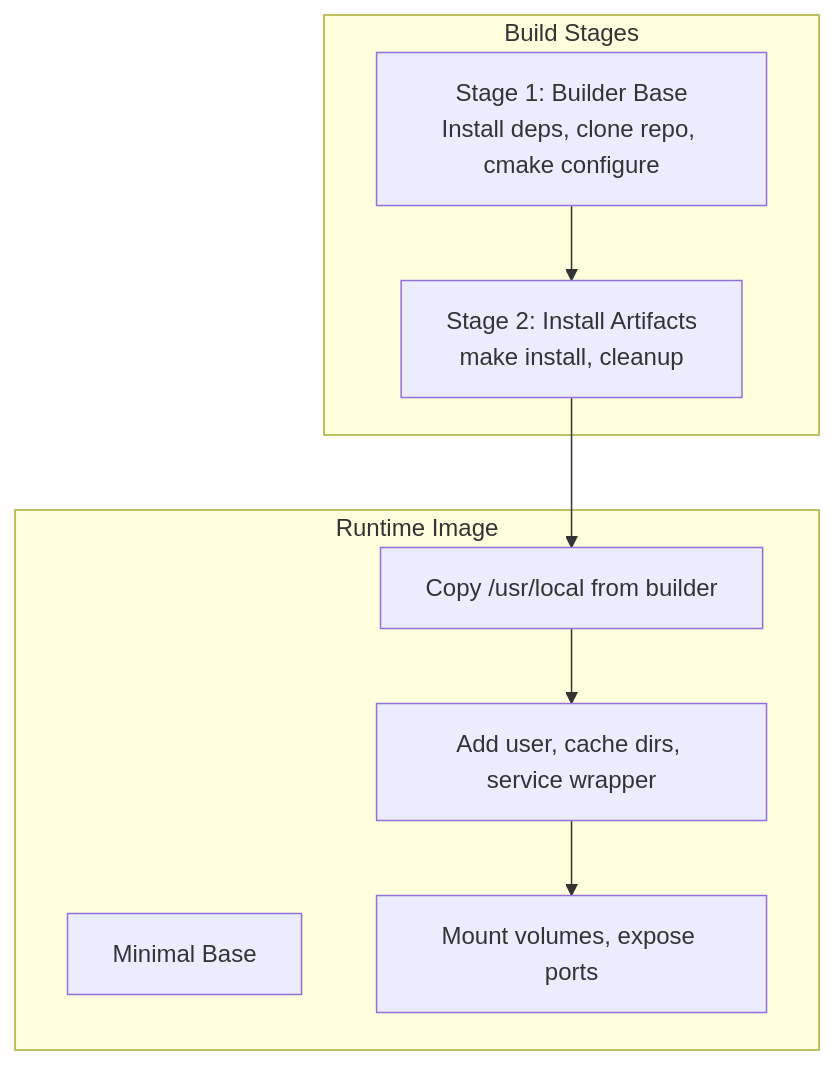
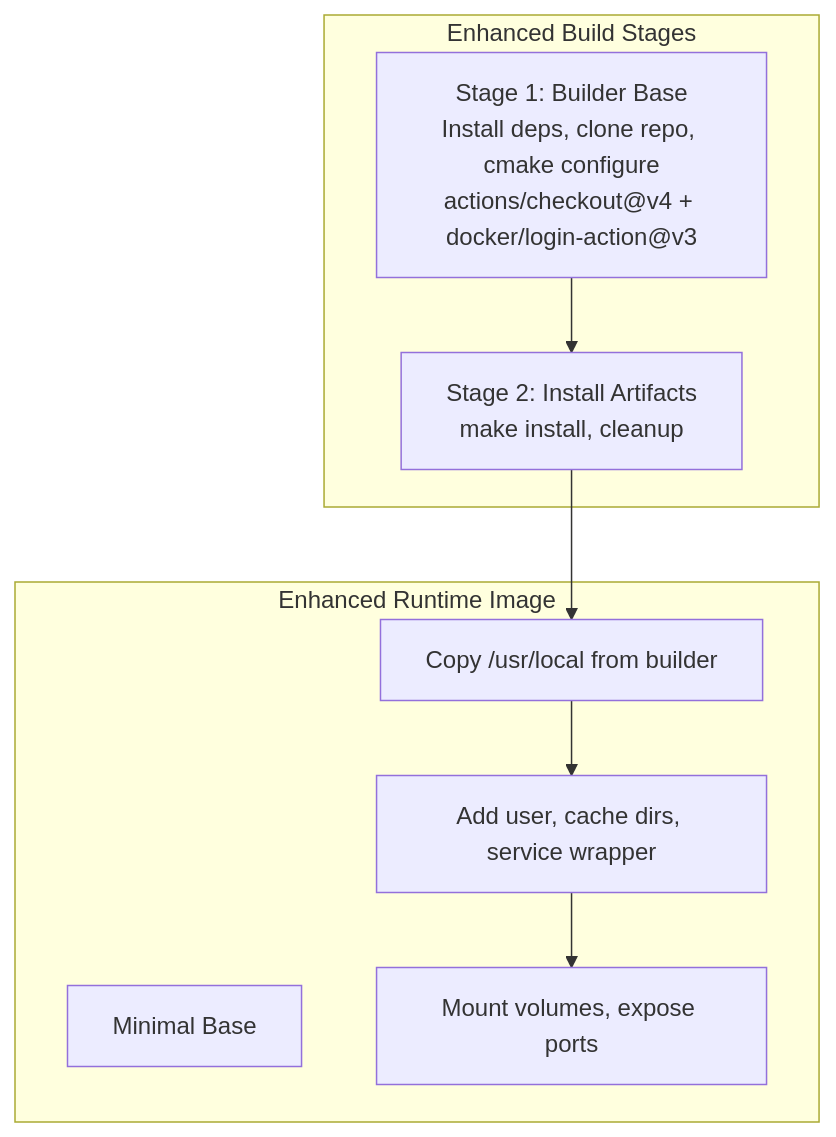
One commit to VIZ-Blockchain/viz-cpp-node changed the second of 6 diagrams in .qoder/repowiki/en/content/Development Tools/Build System/Docker Integration/Docker Integration.md. Above: the diagram before and after it, drawn with Mermaid. The commit also changed other lines of this file and 7 other files, not shown here.

````diff
--- a/.qoder/repowiki/en/content/Development Tools/Build System/Docker Integration/Docker Integration.md
+++ b/.qoder/repowiki/en/content/Development Tools/Build System/Docker Integration/Docker Integration.md
@@ -155,14 +164,14 @@
 ```mermaid
 graph TB
-subgraph "Build Stages"
-B1["Stage 1: Builder Base<br/>Install deps, clone repo, cmake configure"]
+subgraph "Enhanced Build Stages"
+B1["Stage 1: Builder Base<br/>Install deps, clone repo, cmake configure<br/>actions/checkout@v4 + docker/login-action@v3"]
 B2["Stage 2: Install Artifacts<br/>make install, cleanup"]
 end
-subgraph "Runtime Image"
+subgraph "Enhanced Runtime Image"
 R1["Minimal Base"]
 R2["Copy /usr/local from builder"]
 R3["Add user, cache dirs, service wrapper"]
 R4["Mount volumes, expose ports"]
 end
 B1 --> B2 --> R2 --> R3 --> R4
 ```
````
